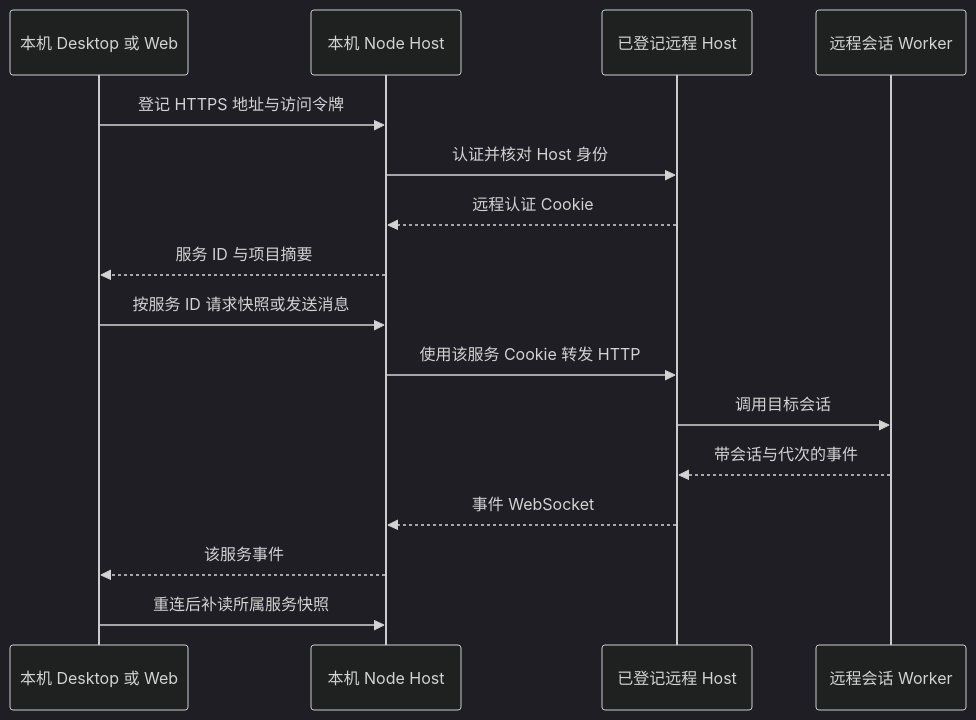
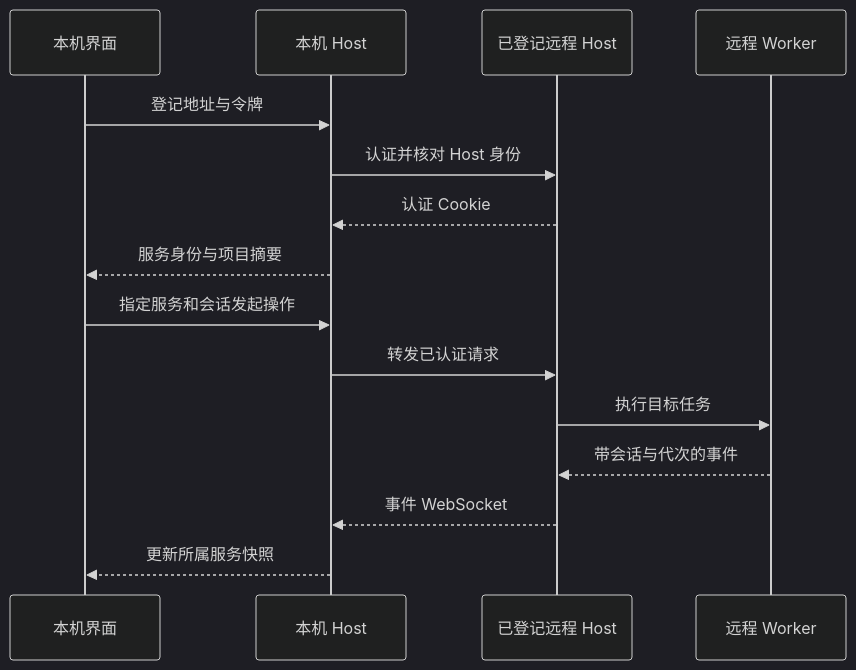
The diagram in docs/remote.md (xidongdong-153/Pi-meme), drawn with Mermaid before and after one commit. The commit also changed other lines of this file and 13 other files, not shown here.

````diff
--- a/docs/remote.md
+++ b/docs/remote.md
@@ -61,19 +73,18 @@
 ```mermaid
 %%{init: {"theme": "dark"}}%%
 sequenceDiagram
-  participant Client as 本机 Desktop 或 Web
-  participant Local as 本机 Node Host
+  participant UI as 本机界面
+  participant Local as 本机 Host
   participant Remote as 已登记远程 Host
-  participant Worker as 远程会话 Worker
-  Client->>Local: 登记 HTTPS 地址与访问令牌
+  participant Worker as 远程 Worker
+  UI->>Local: 登记地址与令牌
   Local->>Remote: 认证并核对 Host 身份
-  Remote-->>Local: 远程认证 Cookie
-  Local-->>Client: 服务 ID 与项目摘要
-  Client->>Local: 按服务 ID 请求快照或发送消息
-  Local->>Remote: 使用该服务 Cookie 转发 HTTP
-  Remote->>Worker: 调用目标会话
+  Remote-->>Local: 认证 Cookie
+  Local-->>UI: 服务身份与项目摘要
+  UI->>Local: 指定服务和会话发起操作
+  Local->>Remote: 转发已认证请求
+  Remote->>Worker: 执行目标任务
   Worker-->>Remote: 带会话与代次的事件
   Remote-->>Local: 事件 WebSocket
-  Local-->>Client: 该服务事件
-  Client->>Local: 重连后补读所属服务快照
+  Local-->>UI: 更新所属服务快照
 ```
````
